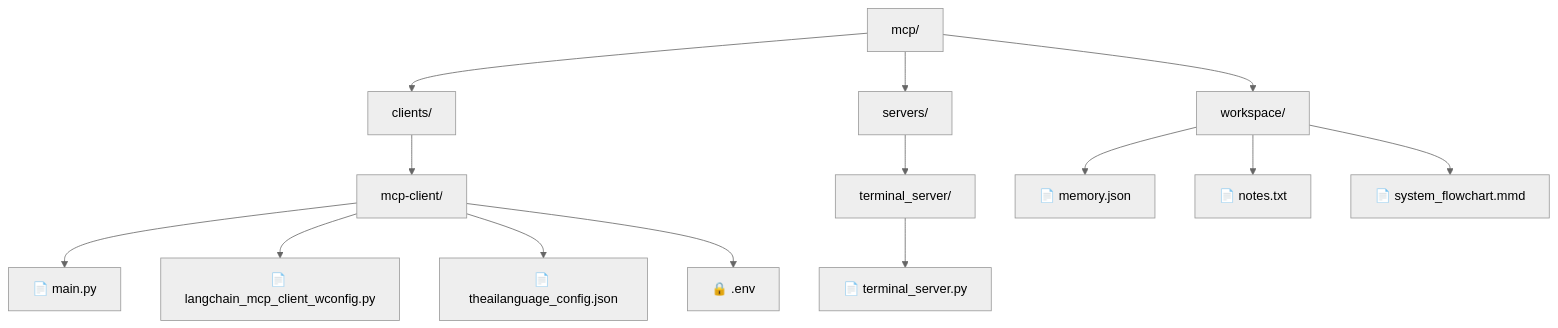
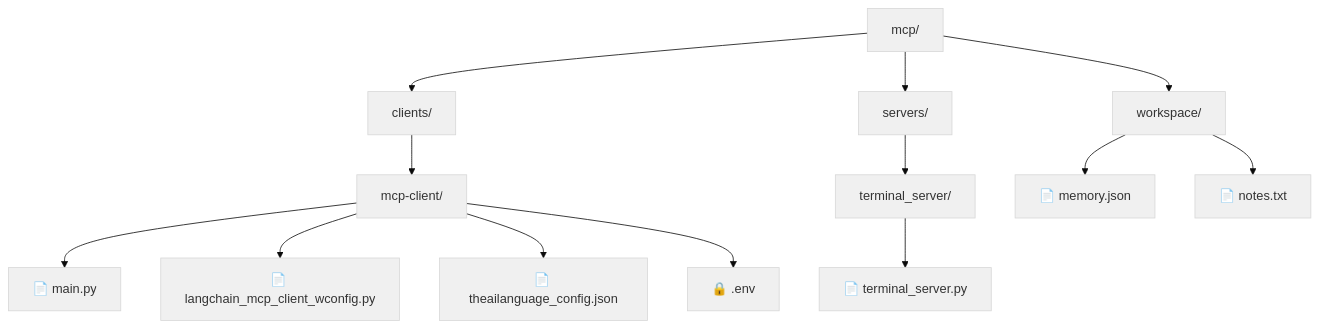
The second of 4 diagrams in README.md (Techiral/mcp), drawn with Mermaid before and after one commit. The commit also changed other lines of this file, not shown here.

````diff
--- a/README.md
+++ b/README.md
@@ -43,20 +35,19 @@
 ```mermaid
-%%{init: {'theme': 'neutral', 'fontFamily': 'monospace'}}%%
+%%{init: {'theme': 'base', 'themeVariables': { 'primaryColor': '#f0f0f0', 'nodeTextColor': '#333', 'edgeLabelBackground': '#fff'}}}%%
 flowchart TD
     A[mcp/] --> B[clients/]
     A --> C[servers/]
     A --> D[workspace/]
     
     B --> E[mcp-client/]
     E --> F["📄 main.py"]
     E --> G["📄 langchain_mcp_client_wconfig.py"]
     E --> H["📄 theailanguage_config.json"]
     E --> I["🔒 .env"]
     
     C --> J[terminal_server/]
     J --> K["📄 terminal_server.py"]
     
     D --> L["📄 memory.json"]
     D --> M["📄 notes.txt"]
-    D --> N["📄 system_flowchart.mmd"]
 ```
````
